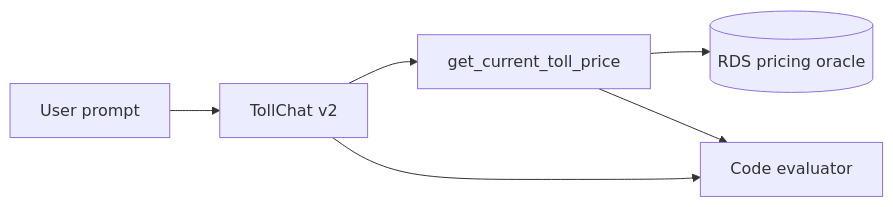
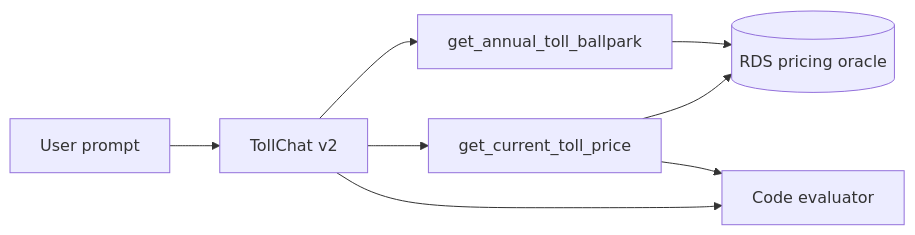
Before and after one commit to rhprasad0/nova-toll-budget-agent: the diagram in v2/eval/eval-plan.md, drawn with Mermaid. The commit also changed other lines of this file and 26 other files, not shown here.

````diff
--- a/v2/eval/eval-plan.md
+++ b/v2/eval/eval-plan.md
@@ -22,8 +22,10 @@
 ```mermaid
 flowchart LR
   U[User prompt] --> A[TollChat v2]
   A --> T[get_current_toll_price]
+  A --> B[get_annual_toll_ballpark]
   T --> R[(RDS pricing oracle)]
+  B --> R
   A --> E[Code evaluator]
   T --> E
 ```
````
